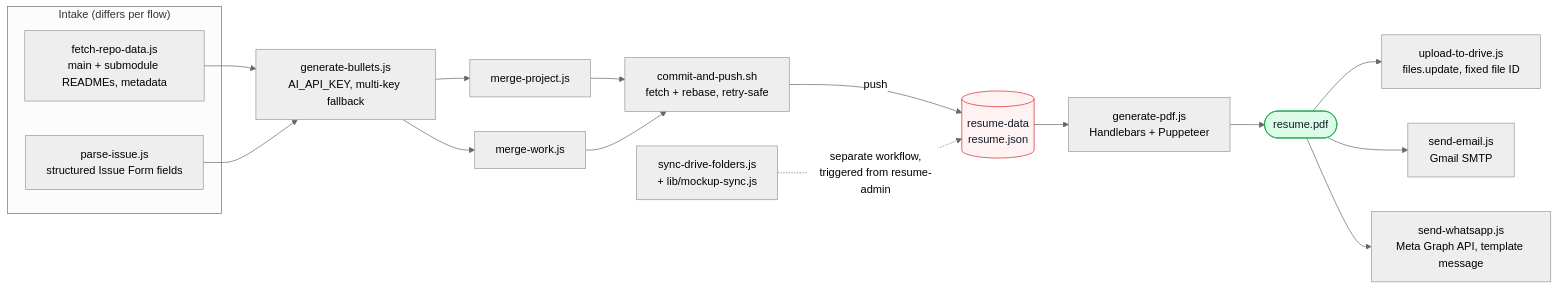
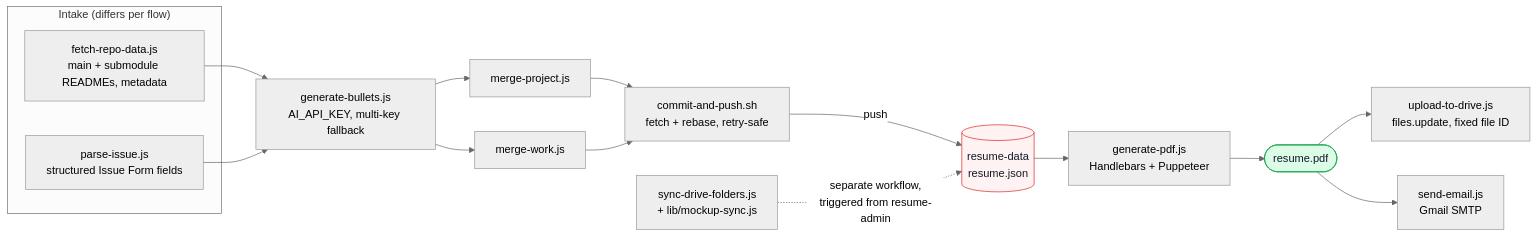
Before and after one commit to ChamathDilshanC/resume-core: the second of 2 diagrams in README.md, drawn with Mermaid (neutral theme). The commit also changed other lines of this file and 6 other files, not shown here.

````diff
--- a/README.md
+++ b/README.md
@@ -67,29 +67,28 @@
 ```mermaid
 flowchart LR
     subgraph INTAKE["Intake (differs per flow)"]
         FR["fetch-repo-data.js<br/>main + submodule READMEs, metadata"]
         PI["parse-issue.js<br/>structured Issue Form fields"]
     end
 
     FR --> GB["generate-bullets.js<br/>AI_API_KEY, multi-key fallback"]
     PI --> GB
 
     GB --> MP["merge-project.js"]
     GB --> MW["merge-work.js"]
 
     MP --> CP["commit-and-push.sh<br/>fetch + rebase, retry-safe"]
     MW --> CP
     CP -->|push| DATA[("resume-data<br/>resume.json")]
 
     DATA --> GEN["generate-pdf.js<br/>Handlebars + Puppeteer"]
     GEN --> PDF(["resume.pdf"])
 
     PDF --> UP["upload-to-drive.js<br/>files.update, fixed file ID"]
     PDF --> EM["send-email.js<br/>Gmail SMTP"]
-    PDF --> WA["send-whatsapp.js<br/>Meta Graph API, template message"]
 
     SDF["sync-drive-folders.js<br/>+ lib/mockup-sync.js"] -.->|"separate workflow,<br/>triggered from resume-admin"| DATA
 
     style DATA fill:#fef2f2,stroke:#dc2626,color:#111827
     style PDF fill:#dcfce7,stroke:#16a34a,color:#111827
 ```
````
